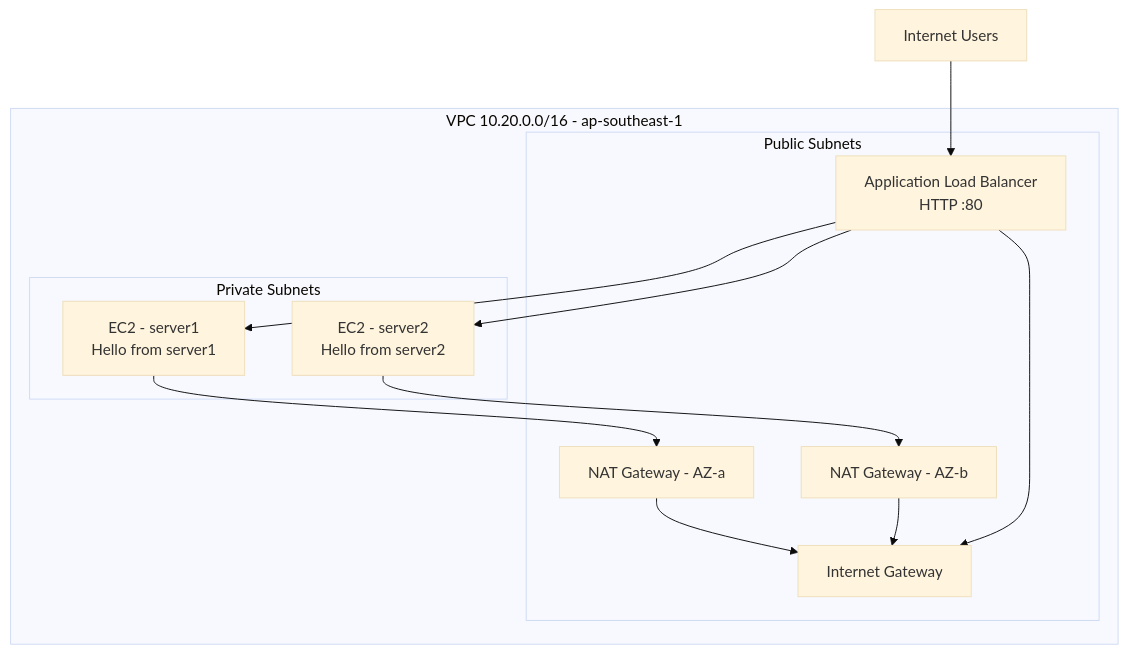
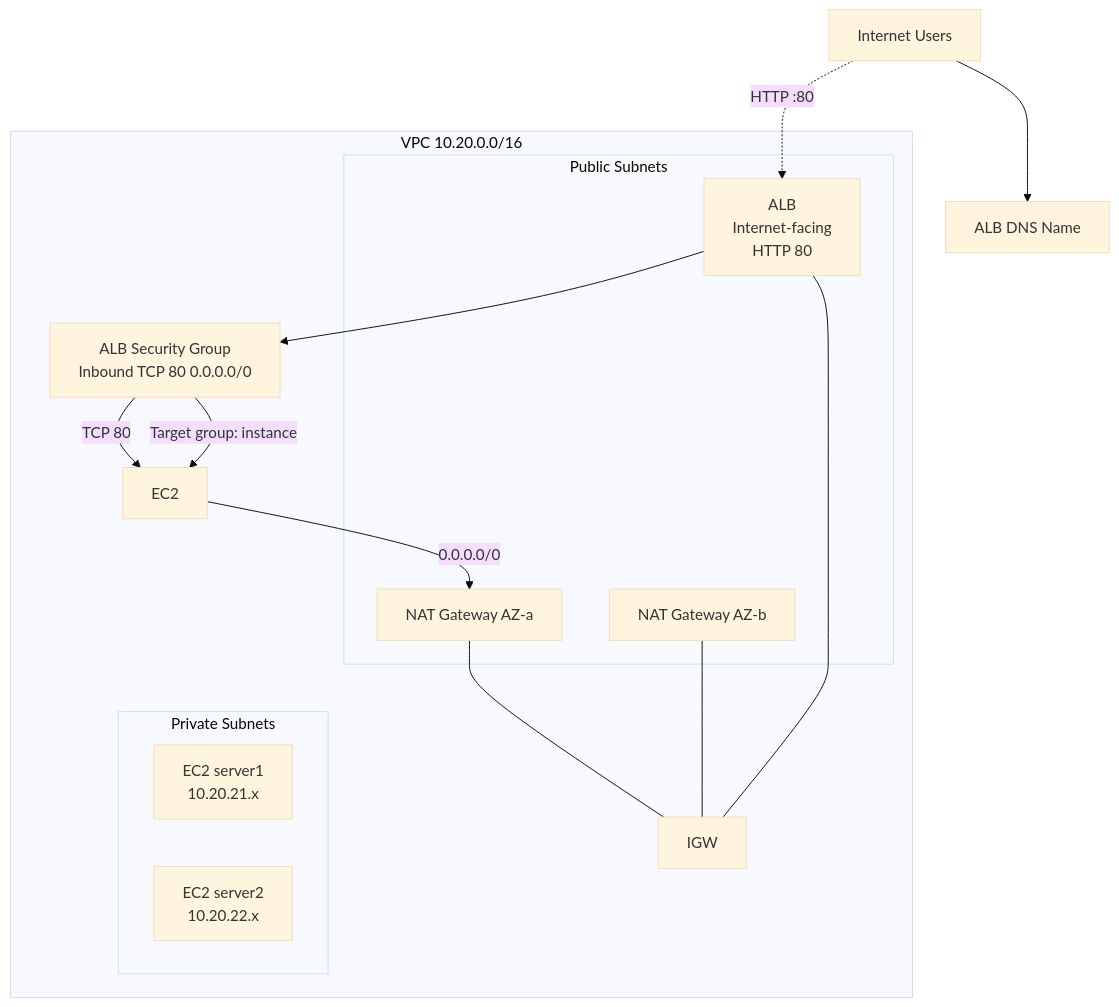
The diagram in terraform/README.md (arjun0451/aws-tfm), drawn with Mermaid (base theme) before and after one commit. The commit also changed other lines of this file and 3 other files, not shown here.

Commit message:
Add architecture and changelog docs; commit dependency lockfile; restore full README

````diff
--- a/terraform/README.md
+++ b/terraform/README.md
@@ -73,25 +60,32 @@
 ```mermaid
-graph TB
-    User[Internet Users] --> ALB[Application Load Balancer\nHTTP :80]
+flowchart TD
+    User[Internet Users]
+    ALB_DNS[ALB DNS Name]
+    User --> ALB_DNS
+    User -. HTTP :80 .-> ALB{{Application<br/>Load Balancer<br/>ap-southeast-1}}
+    ALB --> ALBSG[ALB Security Group<br/>Inbound TCP 80 0.0.0.0/0]
 
-    subgraph VPC[VPC 10.20.0.0/16 - ap-southeast-1]
-        subgraph Public[Public Subnets]
-            ALB
-            NGW1[NAT Gateway - AZ-a]
-            NGW2[NAT Gateway - AZ-b]
-            IGW[Internet Gateway]
+    subgraph VPC[VPC 10.20.0.0/16]
+        subgraph PublicSubnets[Public Subnets]
+            NATGW1[NAT Gateway AZ-a]
+            NATGW2[NAT Gateway AZ-b]
+            ALB[ALB<br/>Internet-facing<br/>HTTP 80]
         end
-        subgraph Private[Private Subnets]
-            EC21[EC2 - server1\nHello from server1]
-            EC22[EC2 - server2\nHello from server2]
+
+        subgraph PrivateSubnets[Private Subnets]
+            EC2A[EC2 server1<br/>10.20.21.x]
+            EC2B[EC2 server2<br/>10.20.22.x]
         end
+
+        IGW[IGW]
+
+        ALBSG --"TCP 80"--> EC2
+
+        EC2 -->|0.0.0.0/0| NATGW1
+        NATGW1 --- IGW
+        NATGW2 --- IGW
     end
 
-    ALB --> EC21
-    ALB --> EC22
-    EC21 --> NGW1
-    EC22 --> NGW2
-    NGW1 --> IGW
-    NGW2 --> IGW
-    ALB --> IGW
+    ALB --- IGW
+    ALBSG --"Target group: instance"--> EC2
 ```
````
